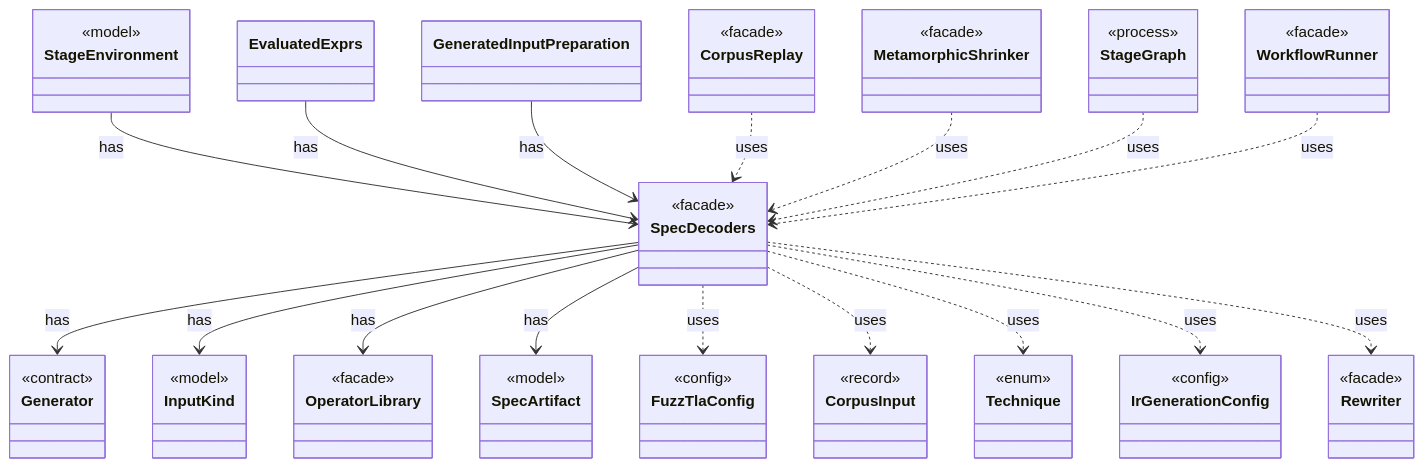
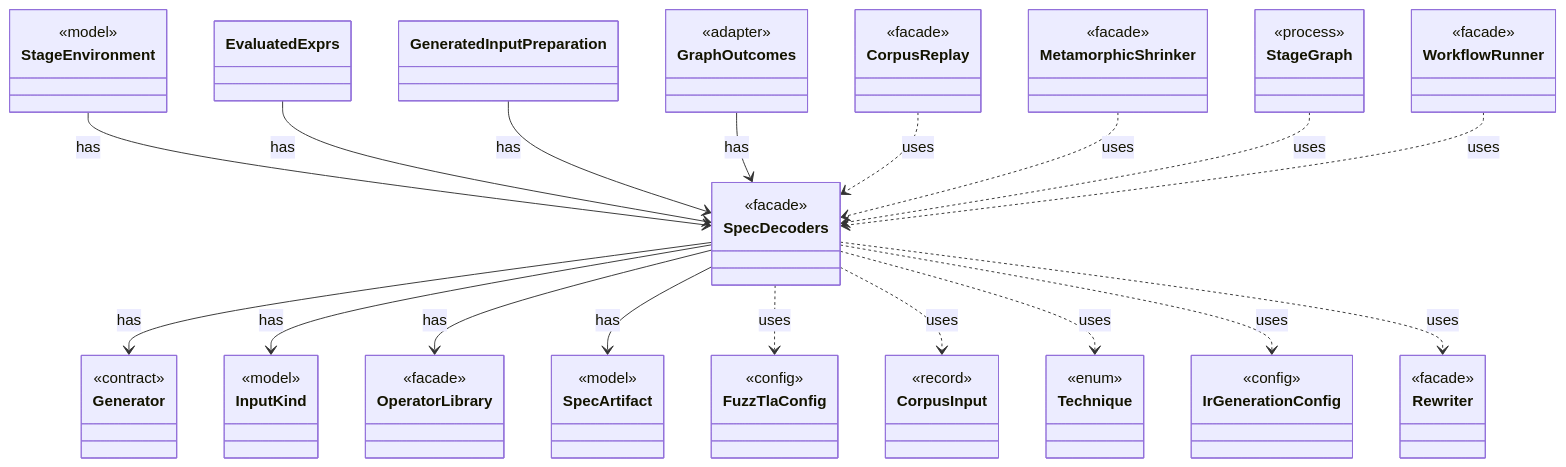
Before and after one commit to tlaplus/model-checker-hardening: the diagram in dev/types/io.github.tlaplus.hardening.workflow.spec.SpecDecoders.md, drawn with Mermaid. The commit also changed other lines of this file and 401 other files, not shown here.

````diff
--- a/dev/types/io.github.tlaplus.hardening.workflow.spec.SpecDecoders.md
+++ b/dev/types/io.github.tlaplus.hardening.workflow.spec.SpecDecoders.md
@@ -7,66 +7,70 @@
 ```mermaid
 classDiagram
   class SpecDecoders {
     <<facade>>
   }
   class Generator {
     <<contract>>
   }
   class InputKind {
     <<model>>
   }
   class OperatorLibrary {
     <<facade>>
   }
   class SpecArtifact {
     <<model>>
   }
   class StageEnvironment {
     <<model>>
   }
   class EvaluatedExprs
   class GeneratedInputPreparation
+  class GraphOutcomes {
+    <<adapter>>
+  }
   class FuzzTlaConfig {
     <<config>>
   }
   class CorpusInput {
     <<record>>
   }
   class Technique {
     <<enum>>
   }
   class IrGenerationConfig {
     <<config>>
   }
   class Rewriter {
     <<facade>>
   }
   class CorpusReplay {
     <<facade>>
   }
   class MetamorphicShrinker {
     <<facade>>
   }
   class StageGraph {
     <<process>>
   }
   class WorkflowRunner {
     <<facade>>
   }
   SpecDecoders --> Generator : has
   SpecDecoders --> InputKind : has
   SpecDecoders --> OperatorLibrary : has
   SpecDecoders --> SpecArtifact : has
   StageEnvironment --> SpecDecoders : has
   EvaluatedExprs --> SpecDecoders : has
   GeneratedInputPreparation --> SpecDecoders : has
+  GraphOutcomes --> SpecDecoders : has
   SpecDecoders ..> FuzzTlaConfig : uses
   SpecDecoders ..> CorpusInput : uses
   SpecDecoders ..> Technique : uses
   SpecDecoders ..> IrGenerationConfig : uses
   SpecDecoders ..> Rewriter : uses
   CorpusReplay ..> SpecDecoders : uses
   MetamorphicShrinker ..> SpecDecoders : uses
   StageGraph ..> SpecDecoders : uses
   WorkflowRunner ..> SpecDecoders : uses
 ```
````
